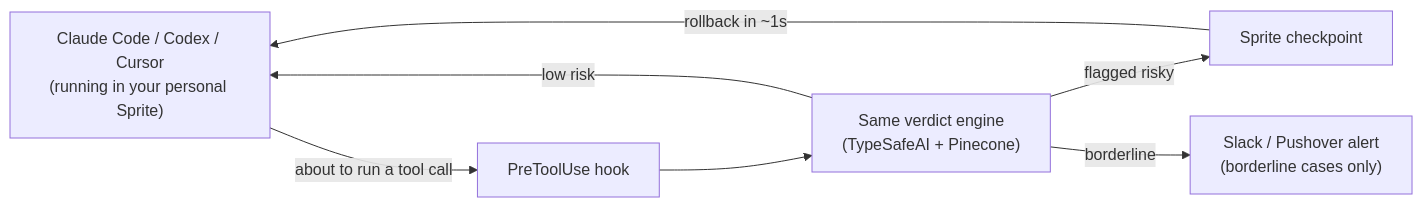
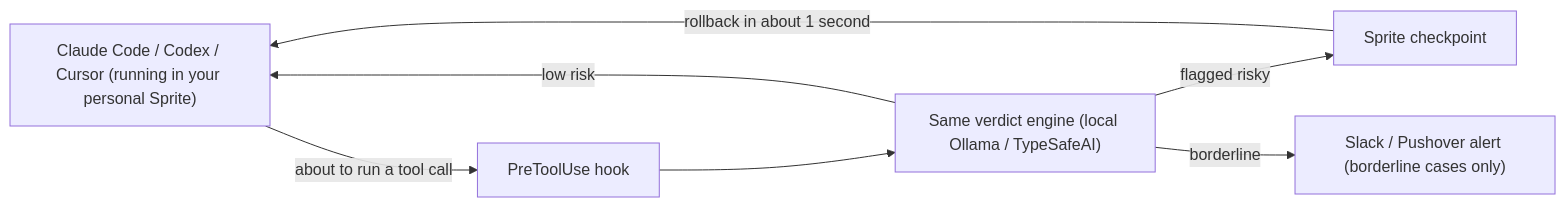
One commit to solutiono1/scudo changed the third of 4 diagrams in ARCHITECTURE.md. Above: the diagram before and after it, drawn with Mermaid. The commit also changed other lines of this file and 10 other files, not shown here.

````diff
--- a/ARCHITECTURE.md
+++ b/ARCHITECTURE.md
@@ -101,15 +103,15 @@
 ```mermaid
 flowchart LR
-    Agent["Claude Code / Codex / Cursor\n(running in your personal Sprite)"]
+    Agent["Claude Code / Codex / Cursor (running in your personal Sprite)"]
     Hook["PreToolUse hook"]
-    Engine["Same verdict engine\n(TypeSafeAI + Pinecone)"]
+    Engine["Same verdict engine (local Ollama / TypeSafeAI)"]
     Checkpoint["Sprite checkpoint"]
-    Human["Slack / Pushover alert\n(borderline cases only)"]
+    Human["Slack / Pushover alert (borderline cases only)"]
 
     Agent -->|about to run a tool call| Hook
     Hook --> Engine
     Engine -->|low risk| Agent
     Engine -->|flagged risky| Checkpoint
-    Checkpoint -->|rollback in ~1s| Agent
+    Checkpoint -->|rollback in about 1 second| Agent
     Engine -->|borderline| Human
 ```
````
